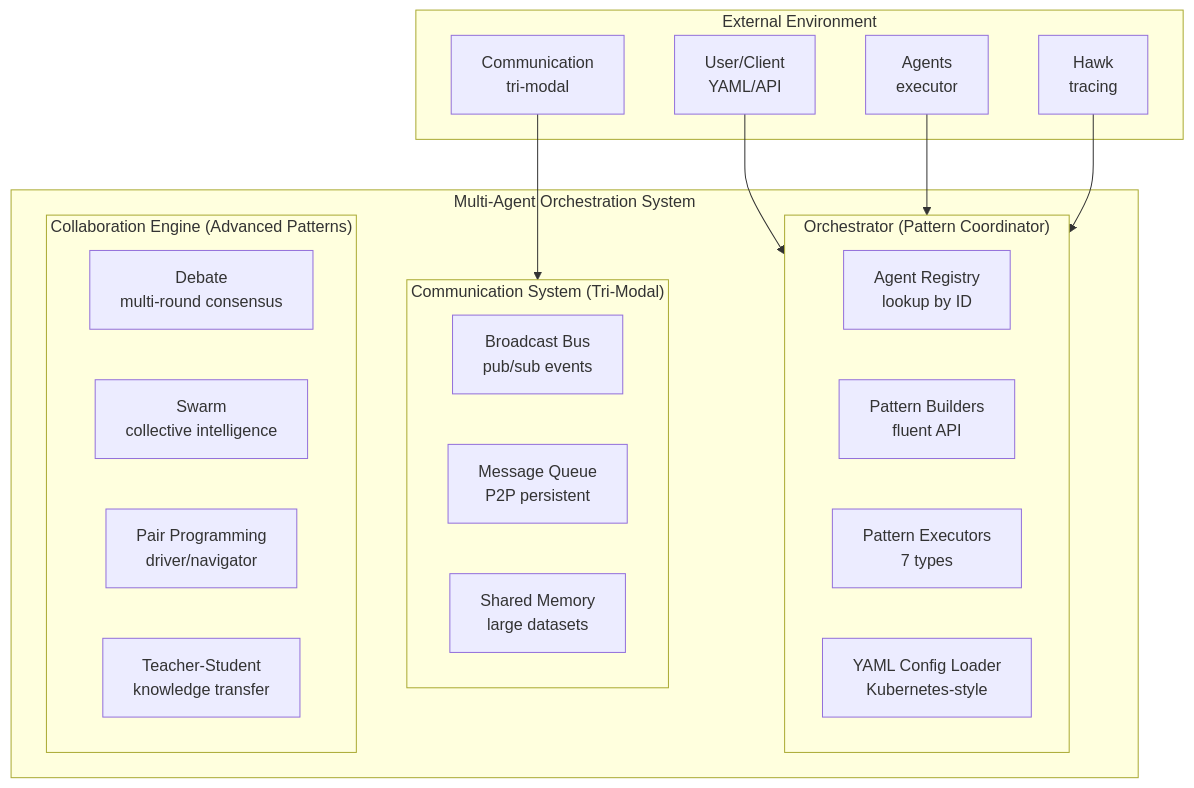
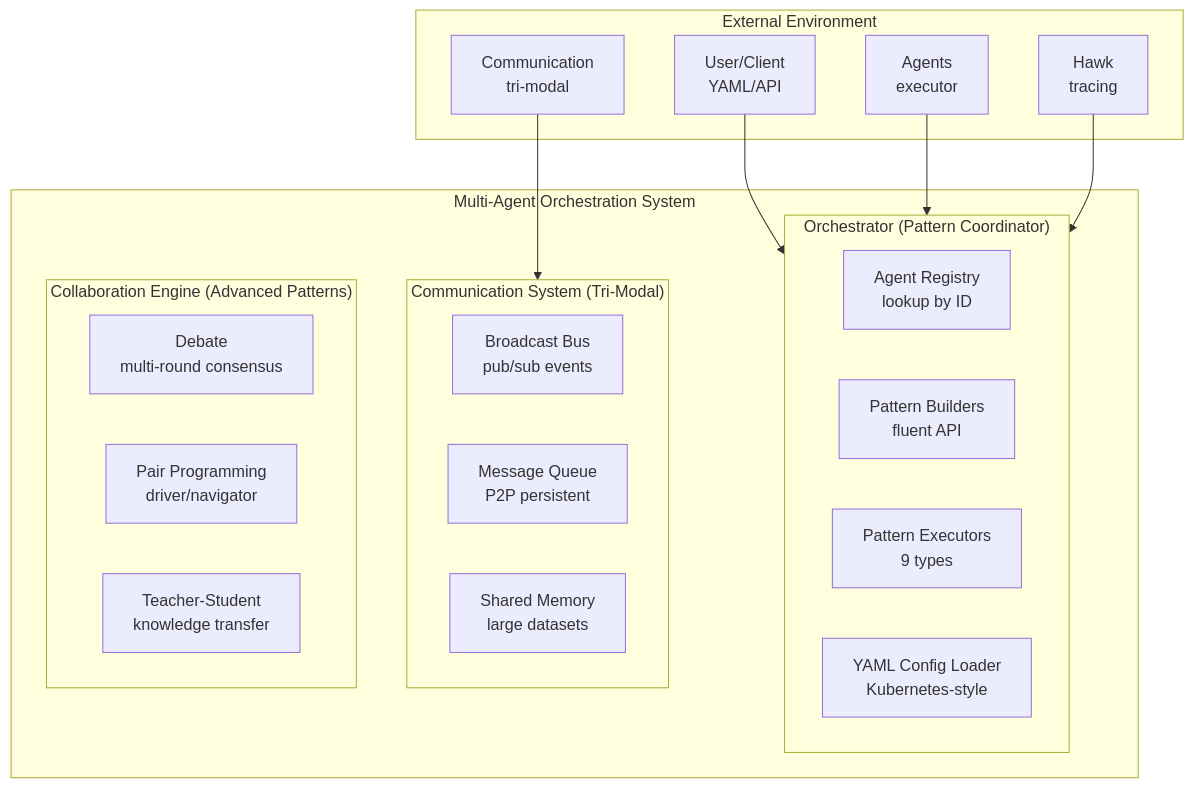
Before and after one commit to teradata-labs/loom: the diagram in docs/architecture/multi-agent.md, drawn with Mermaid. The commit also changed other lines of this file and 151 other files, not shown here.

First line of the commit message:
feat: salience-driven graph memory system (#133)

````diff
--- a/docs/architecture/multi-agent.md
+++ b/docs/architecture/multi-agent.md
@@ -80,36 +82,35 @@
 ```mermaid
 graph TB
     subgraph External["External Environment"]
         User[User/Client<br/>YAML/API]
         Agents[Agents<br/>executor]
         Comm[Communication<br/>tri-modal]
         Hawk[Hawk<br/>tracing]
     end
 
     subgraph MultiAgent["Multi-Agent Orchestration System"]
         subgraph Orchestrator["Orchestrator (Pattern Coordinator)"]
             Registry[Agent Registry<br/>lookup by ID]
             Builders[Pattern Builders<br/>fluent API]
-            Executors[Pattern Executors<br/>7 types]
+            Executors[Pattern Executors<br/>9 types]
             YAMLLoader[YAML Config Loader<br/>Kubernetes-style]
         end
 
         subgraph CommSystem["Communication System (Tri-Modal)"]
             Bus[Broadcast Bus<br/>pub/sub events]
             Queue[Message Queue<br/>P2P persistent]
             SharedMem[Shared Memory<br/>large datasets]
         end
 
         subgraph CollabEngine["Collaboration Engine (Advanced Patterns)"]
             Debate[Debate<br/>multi-round consensus]
-            Swarm[Swarm<br/>collective intelligence]
             PairProg[Pair Programming<br/>driver/navigator]
             TeacherStudent[Teacher-Student<br/>knowledge transfer]
         end
     end
 
     User --> Orchestrator
     Agents --> Orchestrator
     Comm --> CommSystem
     Hawk --> Orchestrator
 ```
````
